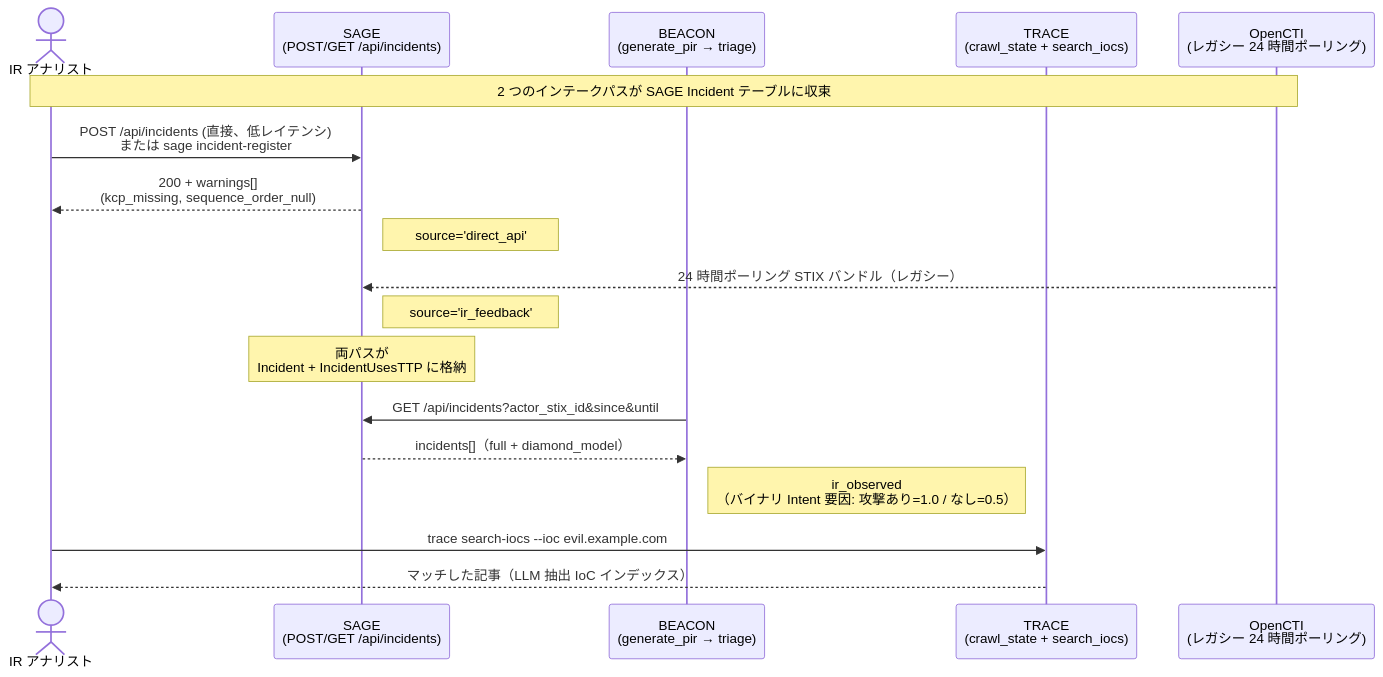
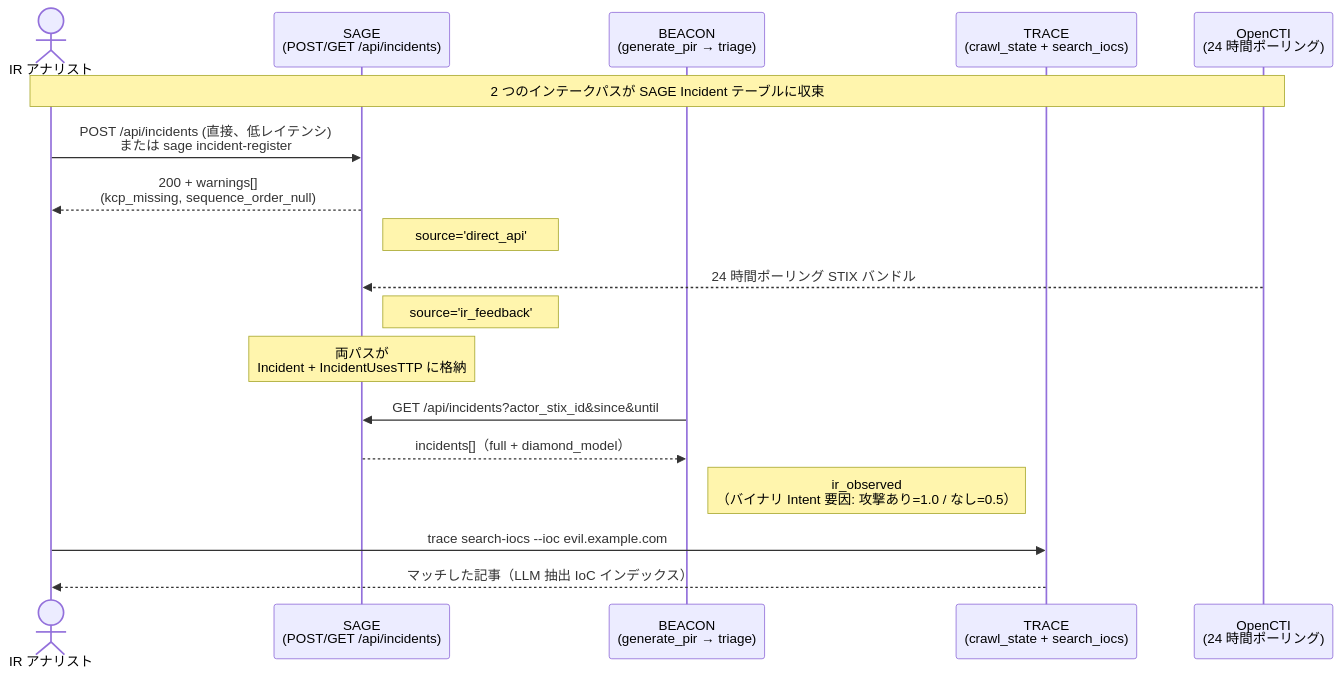
Before and after one commit to sw33t-b1u/sage: the diagram in docs/ir-feedback-flow.ja.md, drawn with Mermaid. The commit also changed other lines of this file and 11 other files, not shown here.

First line of the commit message:
docs: rewrite onboarding docs for first-time readers; fix stale ir-feedback-flow note

````diff
--- a/docs/ir-feedback-flow.ja.md
+++ b/docs/ir-feedback-flow.ja.md
@@ -17,26 +14,26 @@
 ```mermaid
 sequenceDiagram
     actor IR as IR アナリスト
     participant SAGE as SAGE<br/>(POST/GET /api/incidents)
     participant BEACON as BEACON<br/>(generate_pir → triage)
     participant TRACE as TRACE<br/>(crawl_state + search_iocs)
-    participant OpenCTI as OpenCTI<br/>(レガシー 24 時間ポーリング)
+    participant OpenCTI as OpenCTI<br/>(24 時間ポーリング)
 
     Note over IR,OpenCTI: 2 つのインテークパスが SAGE Incident テーブルに収束
 
     IR->>SAGE: POST /api/incidents (直接、低レイテンシ)<br/>または sage incident-register
     SAGE-->>IR: 200 + warnings[]<br/>(kcp_missing, sequence_order_null)
     Note right of SAGE: source='direct_api'
 
-    OpenCTI-->>SAGE: 24 時間ポーリング STIX バンドル（レガシー）
+    OpenCTI-->>SAGE: 24 時間ポーリング STIX バンドル
     Note right of SAGE: source='ir_feedback'
 
     Note over SAGE: 両パスが<br/>Incident + IncidentUsesTTP に格納
 
     BEACON->>SAGE: GET /api/incidents?actor_stix_id&since&until
     SAGE-->>BEACON: incidents[]（full + diamond_model）
     Note right of BEACON: ir_observed<br/>（バイナリ Intent 要因: 攻撃あり=1.0 / なし=0.5）
 
     IR->>TRACE: trace search-iocs --ioc evil.example.com
     TRACE-->>IR: マッチした記事（LLM 抽出 IoC インデックス）
 ```
````
